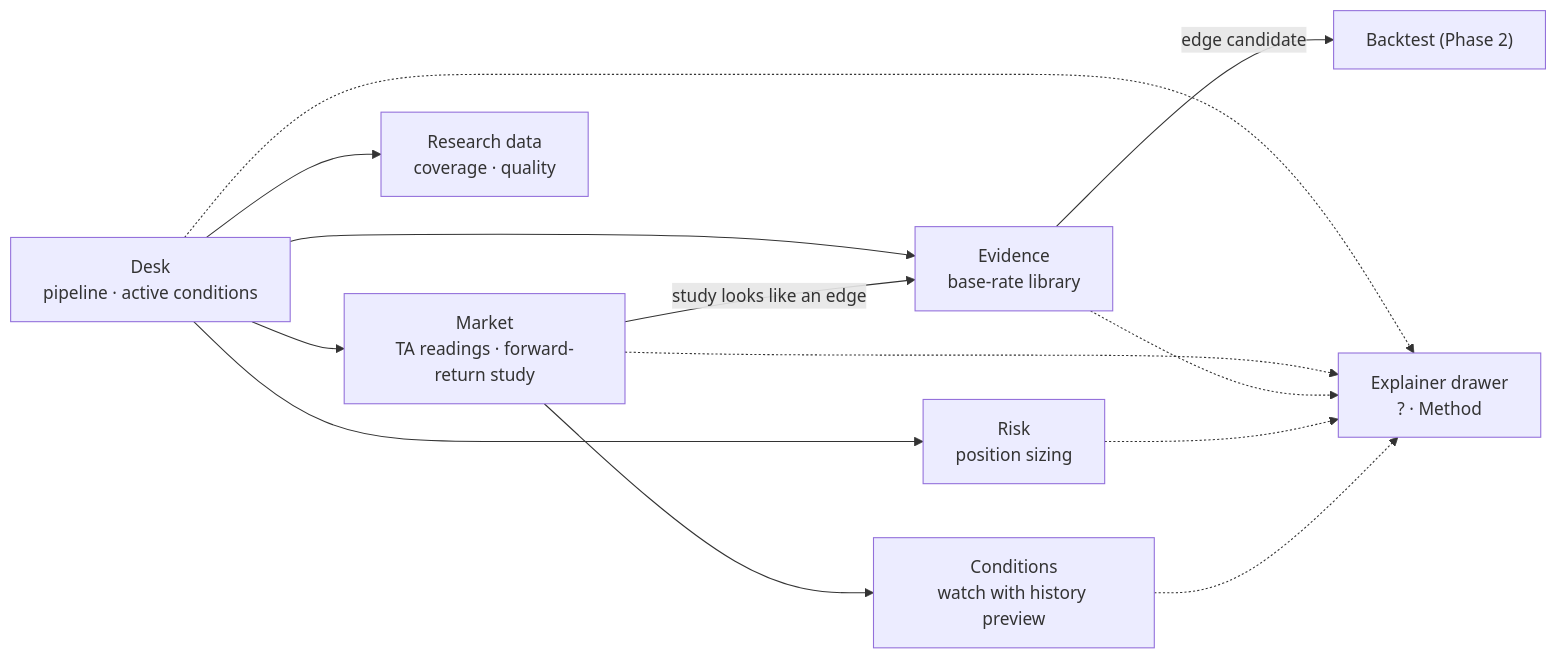
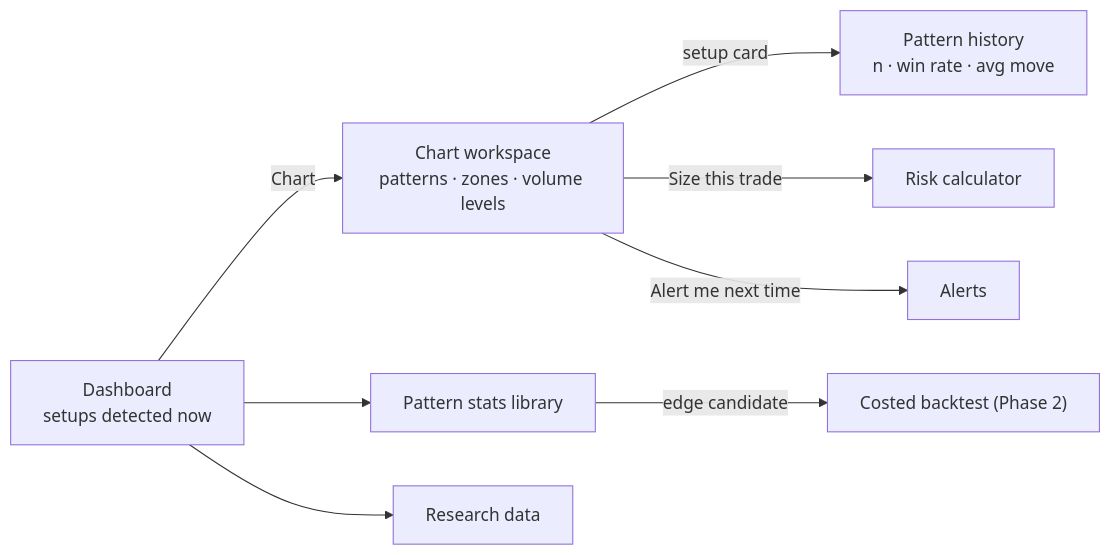
Before and after one commit to ADITYAGPT11/crypto_dashboard: the diagram in docs/product/ux/PHASE1_UX.md, drawn with Mermaid. The commit also changed other lines of this file and 4 other files, not shown here.

First line of the commit message:
Phase 1 UX: setup-scanner dashboard and chart workspace first

````diff
--- a/docs/product/ux/PHASE1_UX.md
+++ b/docs/product/ux/PHASE1_UX.md
@@ -41,11 +44,10 @@
 ```mermaid
 flowchart LR
-  D["Desk<br/>pipeline · active conditions"] --> M["Market<br/>TA readings · forward-return study"]
-  D --> E["Evidence<br/>base-rate library"]
-  M -- "study looks like an edge" --> E
-  E -- "edge candidate" --> BT["Backtest (Phase 2)"]
-  M --> C["Conditions<br/>watch with history preview"]
-  D --> R["Risk<br/>position sizing"]
-  D --> DATA["Research data<br/>coverage · quality"]
-  D & M & E & R & C -.-> X["Explainer drawer<br/>? · Method"]
+  D["Dashboard<br/>setups detected now"] -- "Chart" --> C["Chart workspace<br/>patterns · zones · volume levels"]
+  C -- "setup card" --> H["Pattern history<br/>n · win rate · avg move"]
+  C -- "Size this trade" --> R["Risk calculator"]
+  C -- "Alert me next time" --> A["Alerts"]
+  D --> S["Pattern stats library"]
+  S -- "edge candidate" --> BT["Costed backtest (Phase 2)"]
+  D --> DATA["Research data"]
 ```
````
